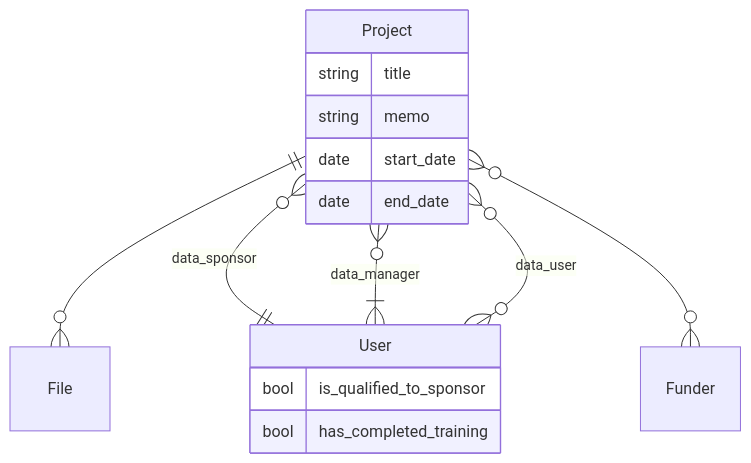
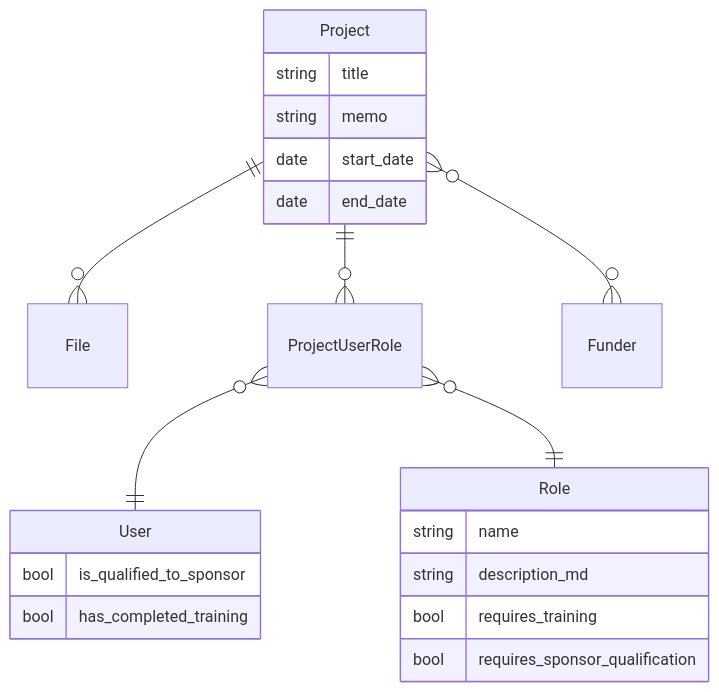
The diagram in README.md (pulibrary/tigerdata-app), drawn with Mermaid before and after one commit. The commit also changed other lines of this file, not shown here.

Commit message:
ProjectUserRole

````diff
--- a/README.md
+++ b/README.md
@@ -15,20 +16,27 @@
 ```mermaid
 erDiagram
   Project ||--o{ File : ""
-  Project }o--|| User : data_sponsor
-  Project }o--|{ User : data_manager
-  Project }o--o{ User : data_user
+  Project ||--o{ ProjectUserRole : ""
+  ProjectUserRole }o--|| User : ""
+  ProjectUserRole }o--|| Role : ""
   Project }o--o{ Funder : ""
 
   Project {
     string title
     string memo
     date start_date
     date end_date
   }
 
+  Role {
+    string name
+    string description_md
+    bool requires_training
+    bool requires_sponsor_qualification
+  }
+
   User {
     bool is_qualified_to_sponsor
     bool has_completed_training
   }
 ```
````
